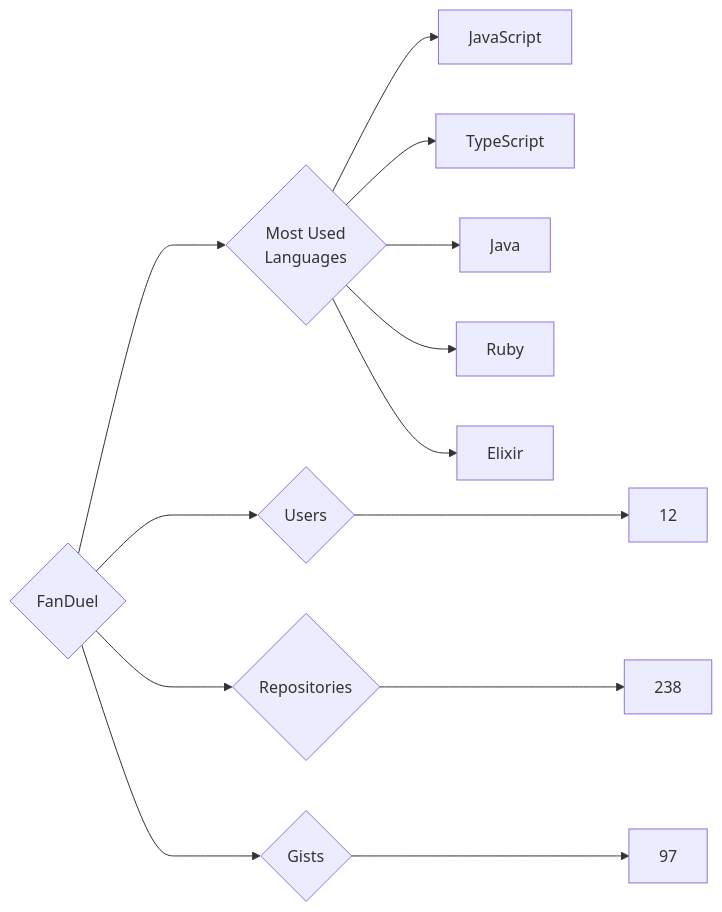
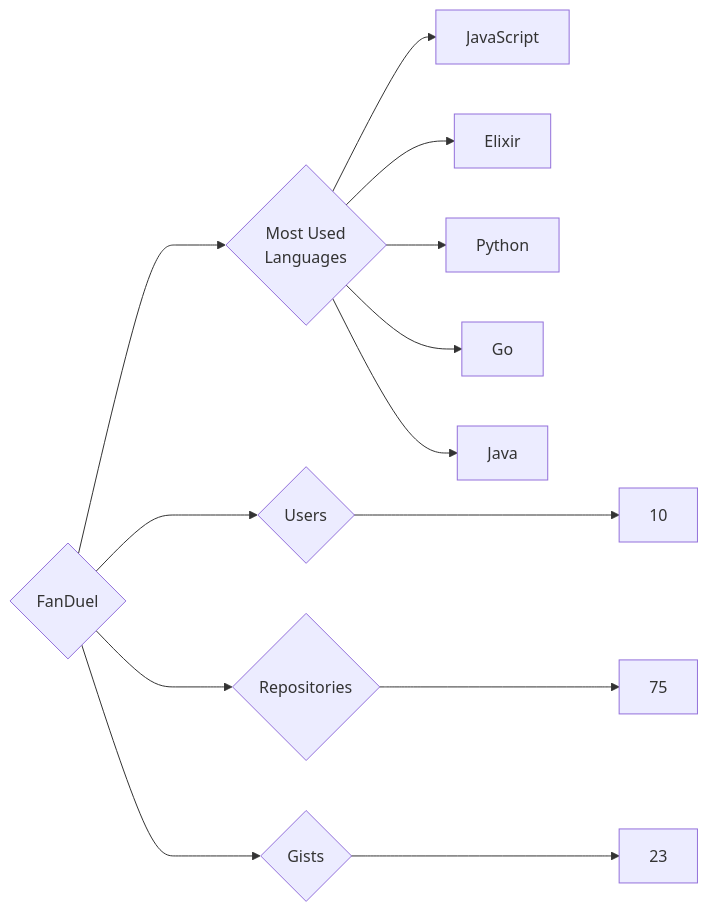
Before and after one commit to trickest/insiders: the diagram in targets/FanDuel/README.md, drawn with Mermaid. The commit also changed 611 other files, not shown here.

````diff
--- a/targets/FanDuel/README.md
+++ b/targets/FanDuel/README.md
@@ -3,13 +3,13 @@
 ```mermaid
 graph LR
 COMPANY_NAME{FanDuel}
-COMPANY_NAME ---> U{Users} ---> UN[12]
-COMPANY_NAME ---> R{Repositories} ---> RN[238]
-COMPANY_NAME ---> G{Gists} ---> GN[97]
+COMPANY_NAME ---> U{Users} ---> UN[10]
+COMPANY_NAME ---> R{Repositories} ---> RN[75]
+COMPANY_NAME ---> G{Gists} ---> GN[23]
 COMPANY_NAME ---> ML{Most Used<br>Languages}
 ML --> JavaScript[JavaScript]
-ML --> TypeScript[TypeScript]
+ML --> Elixir[Elixir]
+ML --> Python[Python]
+ML --> Go[Go]
 ML --> Java[Java]
-ML --> Ruby[Ruby]
-ML --> Elixir[Elixir]
 ```
````
